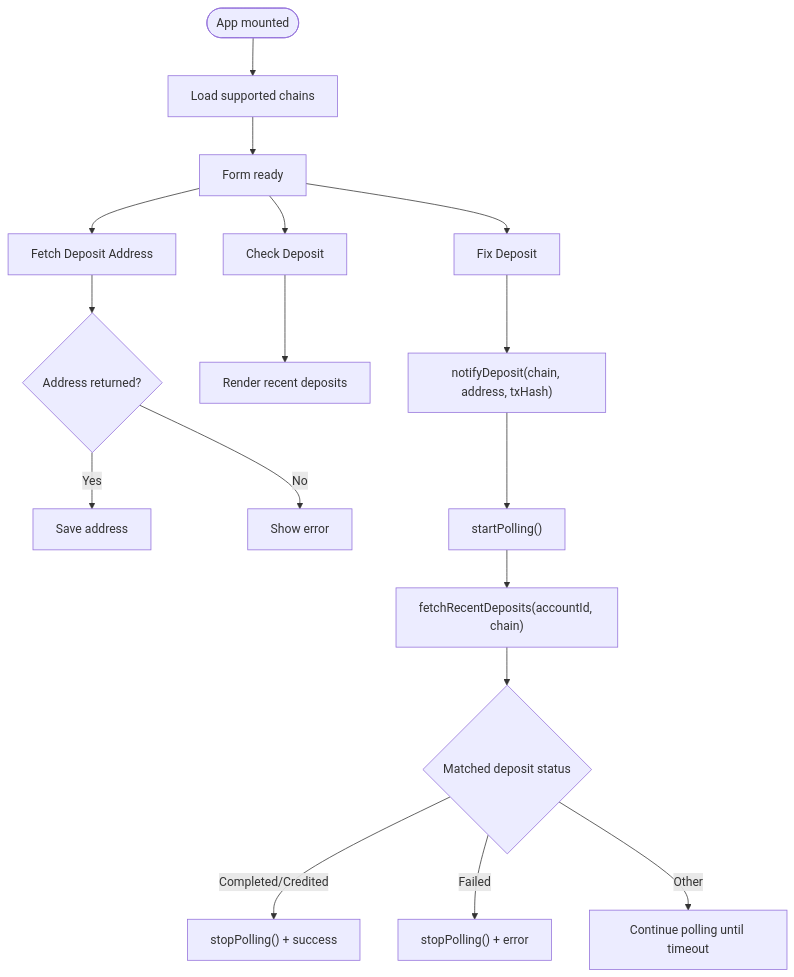
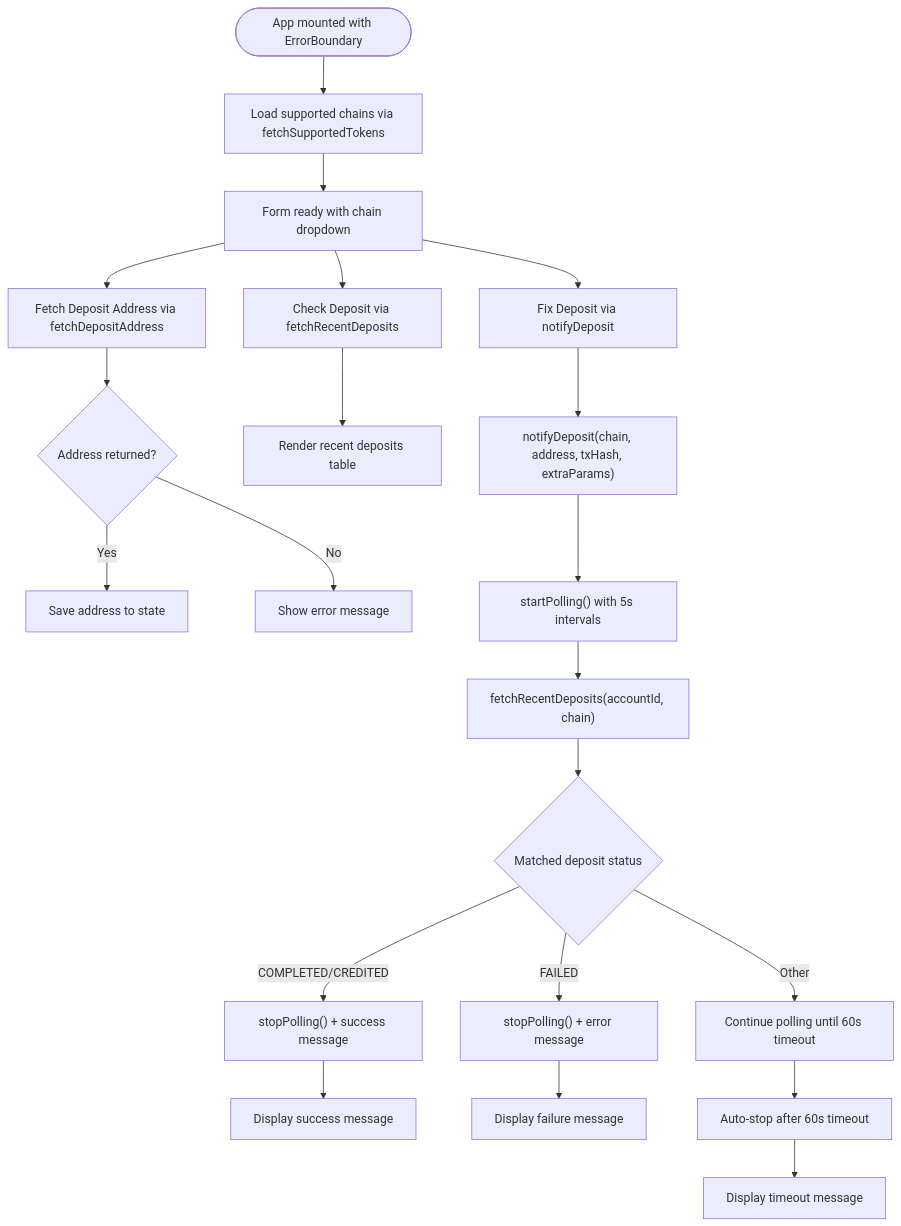
The third of 6 diagrams in .qoder/repowiki/en/content/Development Guide.md (KaranMakani/deposit-fixer), drawn with Mermaid before and after one commit. The commit also changed other lines of this file and 10 other files, not shown here.

````diff
--- a/.qoder/repowiki/en/content/Development Guide.md
+++ b/.qoder/repowiki/en/content/Development Guide.md
@@ -140,19 +179,23 @@
 ```mermaid
 flowchart TD
-Start(["App mounted"]) --> LoadChains["Load supported chains"]
-LoadChains --> Ready["Form ready"]
-Ready --> FetchAddr["Fetch Deposit Address"]
+Start(["App mounted with ErrorBoundary"]) --> LoadChains["Load supported chains via fetchSupportedTokens"]
+LoadChains --> Ready["Form ready with chain dropdown"]
+Ready --> FetchAddr["Fetch Deposit Address via fetchDepositAddress"]
 FetchAddr --> AddrFetched{"Address returned?"}
-AddrFetched --> |Yes| SaveAddr["Save address"]
-AddrFetched --> |No| ErrAddr["Show error"]
-Ready --> CheckDep["Check Deposit"]
-CheckDep --> DepLoaded["Render recent deposits"]
-Ready --> FixDep["Fix Deposit"]
-FixDep --> Notify["notifyDeposit(chain, address, txHash)"]
-Notify --> Poll["startPolling()"]
+AddrFetched --> |Yes| SaveAddr["Save address to state"]
+AddrFetched --> |No| ErrAddr["Show error message"]
+Ready --> CheckDep["Check Deposit via fetchRecentDeposits"]
+CheckDep --> DepLoaded["Render recent deposits table"]
+Ready --> FixDep["Fix Deposit via notifyDeposit"]
+FixDep --> Notify["notifyDeposit(chain, address, txHash, extraParams)"]
+Notify --> Poll["startPolling() with 5s intervals"]
 Poll --> CheckStatus["fetchRecentDeposits(accountId, chain)"]
 CheckStatus --> Match{"Matched deposit status"}
-Match --> |Completed/Credited| Stop["stopPolling() + success"]
-Match --> |Failed| StopFail["stopPolling() + error"]
-Match --> |Other| Continue["Continue polling until timeout"]
+Match --> |COMPLETED/CREDITED| Stop["stopPolling() + success message"]
+Match --> |FAILED| StopFail["stopPolling() + error message"]
+Match --> |Other| Continue["Continue polling until 60s timeout"]
+Stop --> SuccessMsg["Display success message"]
+StopFail --> FailMsg["Display failure message"]
+Continue --> Timeout["Auto-stop after 60s timeout"]
+Timeout --> TimeoutMsg["Display timeout message"]
 ```
````
